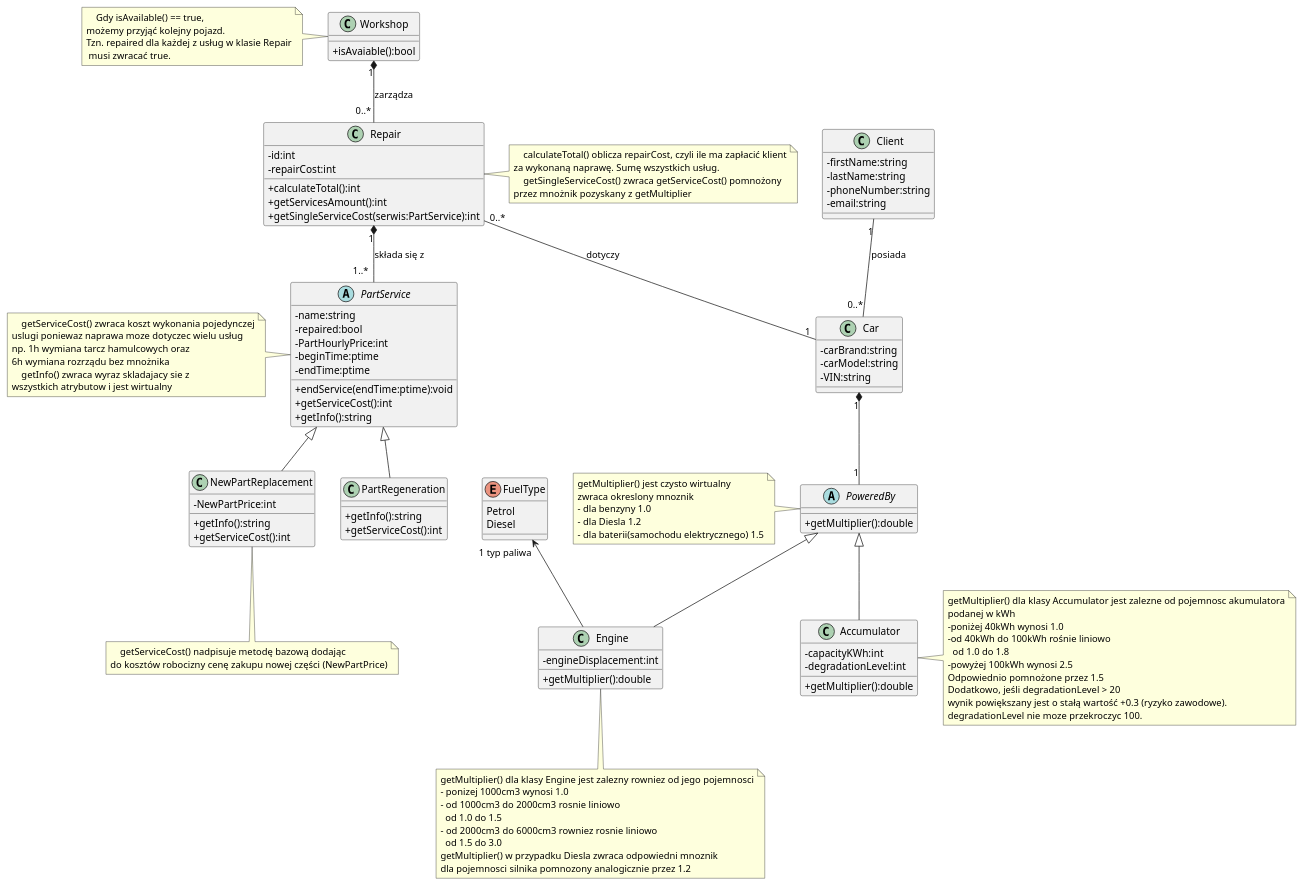
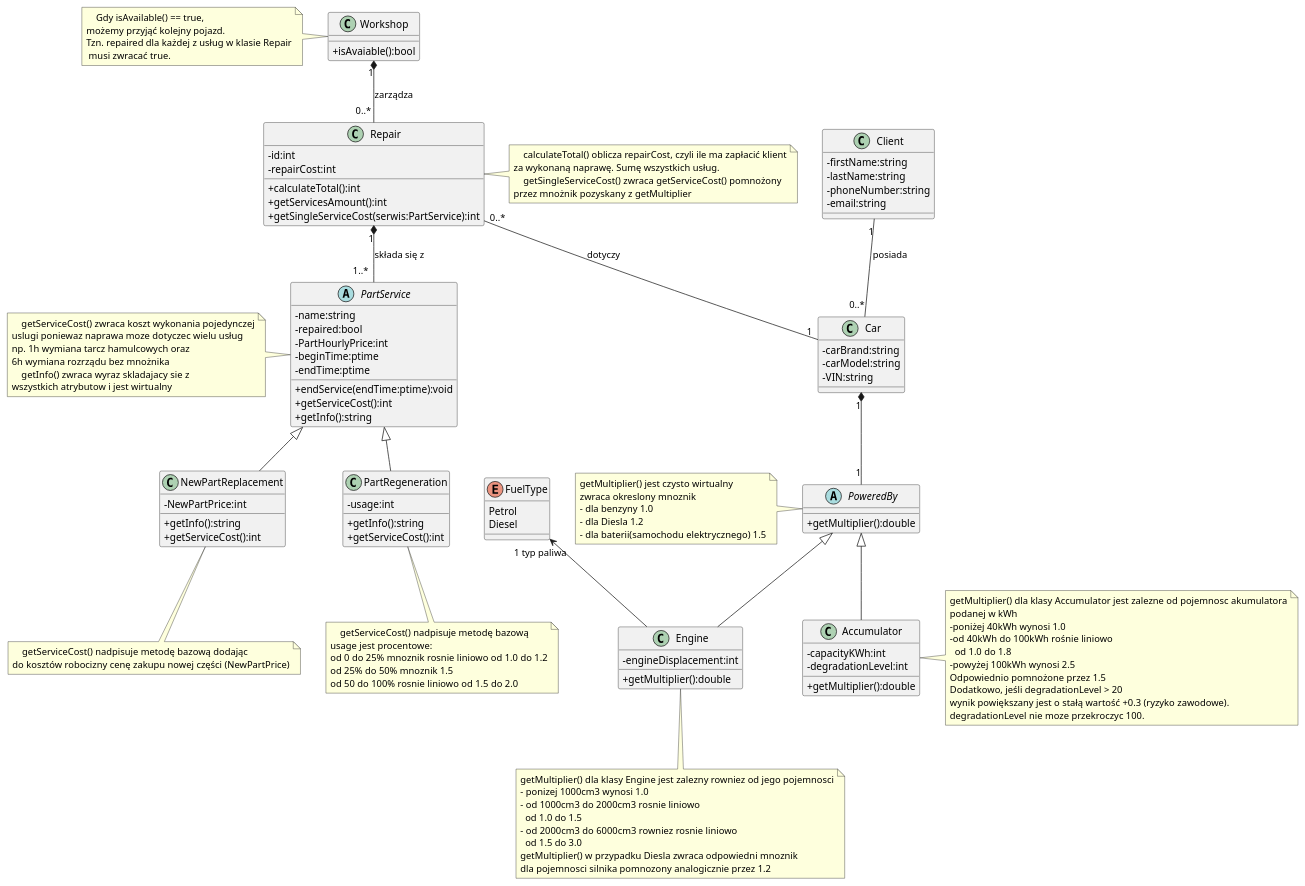
One commit to cyps0nik/pobi26 changed the diagram in uml/car_service.puml. Above: the diagram before and after it, drawn with PlantUML.

Commit message:
poprawa dzialania klasy part

```diff
--- a/uml/car_service.puml
+++ b/uml/car_service.puml
@@ -1,124 +1,132 @@
 @startuml
 'https://plantuml.com/class-diagram
 skinparam classAttributeIconSize 0
  class Car{
 - carBrand:string
 - carModel:string
 - VIN:string
 }
 
 class Client{
 - firstName:string
 - lastName:string
 - phoneNumber:string
 - email:string
 }
 class Workshop{
 +isAvaiable():bool
 }
 note left of Workshop
     Gdy isAvailable() == true,
 możemy przyjąć kolejny pojazd.
 Tzn. repaired dla każdej z usług w klasie Repair
  musi zwracać true.
 end note
 abstract PartService {
 -name:string
 -repaired:bool
 -PartHourlyPrice:int
 -beginTime:ptime
 -endTime:ptime
 +endService(endTime:ptime):void
 +getServiceCost():int
 +getInfo():string
 }
 note left of PartService
     getServiceCost() zwraca koszt wykonania pojedynczej
 uslugi poniewaz naprawa moze dotyczec wielu usług
 np. 1h wymiana tarcz hamulcowych oraz
 6h wymiana rozrządu bez mnożnika
     getInfo() zwraca wyraz skladajacy sie z
 wszystkich atrybutow i jest wirtualny
 end note
 class PartRegeneration{
+-usage:int
 +getInfo():string
 +getServiceCost():int
 }
+note bottom of PartRegeneration
+    getServiceCost() nadpisuje metodę bazową
+usage jest procentowe:
+od 0 do 25% mnoznik rosnie liniowo od 1.0 do 1.2
+od 25% do 50% mnoznik 1.5
+od 50 do 100% rosnie liniowo od 1.5 do 2.0
+end note
 class NewPartReplacement{
 -NewPartPrice:int
 +getInfo():string
 +getServiceCost():int
 }
 note bottom of NewPartReplacement
     getServiceCost() nadpisuje metodę bazową dodając
 do kosztów robocizny cenę zakupu nowej części (NewPartPrice)
 end note
 class Repair{
 -id:int
 -repairCost:int
 +calculateTotal():int
 +getServicesAmount():int
 +getSingleServiceCost(serwis:PartService):int
 }
 note right of Repair
     calculateTotal() oblicza repairCost, czyli ile ma zapłacić klient
 za wykonaną naprawę. Sumę wszystkich usług.
     getSingleServiceCost() zwraca getServiceCost() pomnożony
 przez mnożnik pozyskany z getMultiplier
 end note
 abstract PoweredBy{
 +getMultiplier():double
 }
 note left of PoweredBy
 getMultiplier() jest czysto wirtualny
 zwraca okreslony mnoznik
 - dla benzyny 1.0
 - dla Diesla 1.2
 - dla baterii(samochodu elektrycznego) 1.5
 end note
 class Engine{
 -engineDisplacement:int
 +getMultiplier():double
 }
 enum FuelType{
 Petrol
 Diesel
 }
 note bottom of Engine
 getMultiplier() dla klasy Engine jest zalezny rowniez od jego pojemnosci
 - ponizej 1000cm3 wynosi 1.0
 - od 1000cm3 do 2000cm3 rosnie liniowo
   od 1.0 do 1.5
 - od 2000cm3 do 6000cm3 rowniez rosnie liniowo
   od 1.5 do 3.0
 getMultiplier() w przypadku Diesla zwraca odpowiedni mnoznik
 dla pojemnosci silnika pomnozony analogicznie przez 1.2
 end note
 class Accumulator{
 -capacityKWh:int
 -degradationLevel:int
 +getMultiplier():double
 }
 note right of Accumulator
 getMultiplier() dla klasy Accumulator jest zalezne od pojemnosc akumulatora
 podanej w kWh
 -poniżej 40kWh wynosi 1.0
 -od 40kWh do 100kWh rośnie liniowo
   od 1.0 do 1.8
 -powyżej 100kWh wynosi 2.5
 Odpowiednio pomnożone przez 1.5
 Dodatkowo, jeśli degradationLevel > 20
 wynik powiększany jest o stałą wartość +0.3 (ryzyko zawodowe).
 degradationLevel nie moze przekroczyc 100.
 end note
 Workshop "1" *-- "0..* " Repair : zarządza
 Client "1" -- "0..*" Car : posiada
 Repair "0..*" -- "1" Car : dotyczy
 Repair "1" *-- "1..*  " PartService : składa się z
 PartService <|-- NewPartReplacement
 PartService <|-- PartRegeneration
 Car"1" *-- "1"PoweredBy
 PoweredBy <|-- Engine
 PoweredBy <|-- Accumulator
 FuelType"1 typ paliwa" <-- Engine
 @enduml
```
